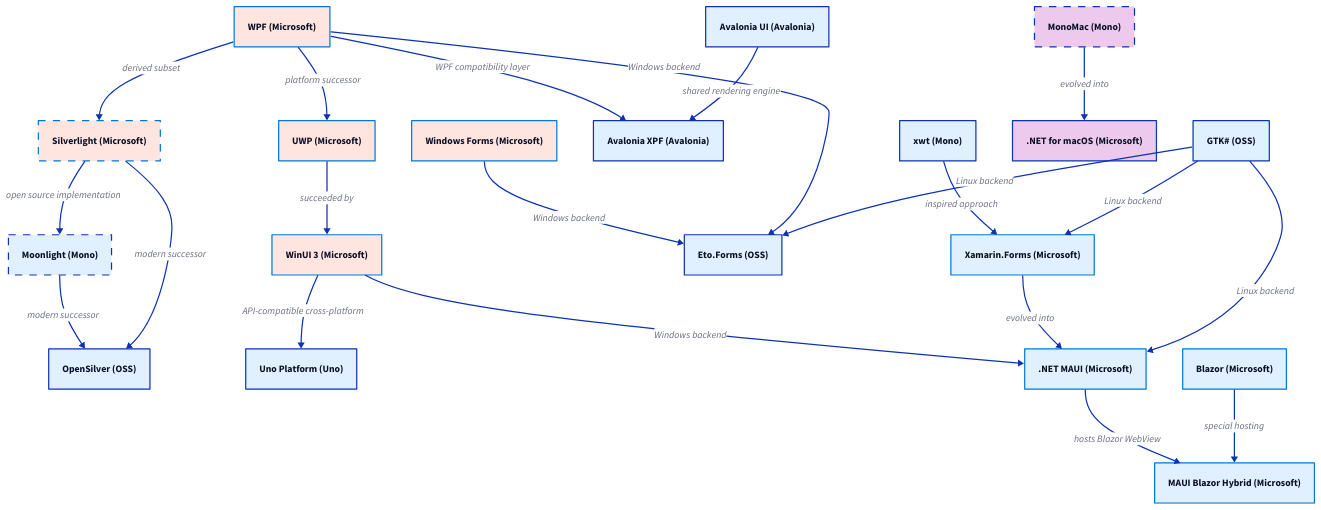
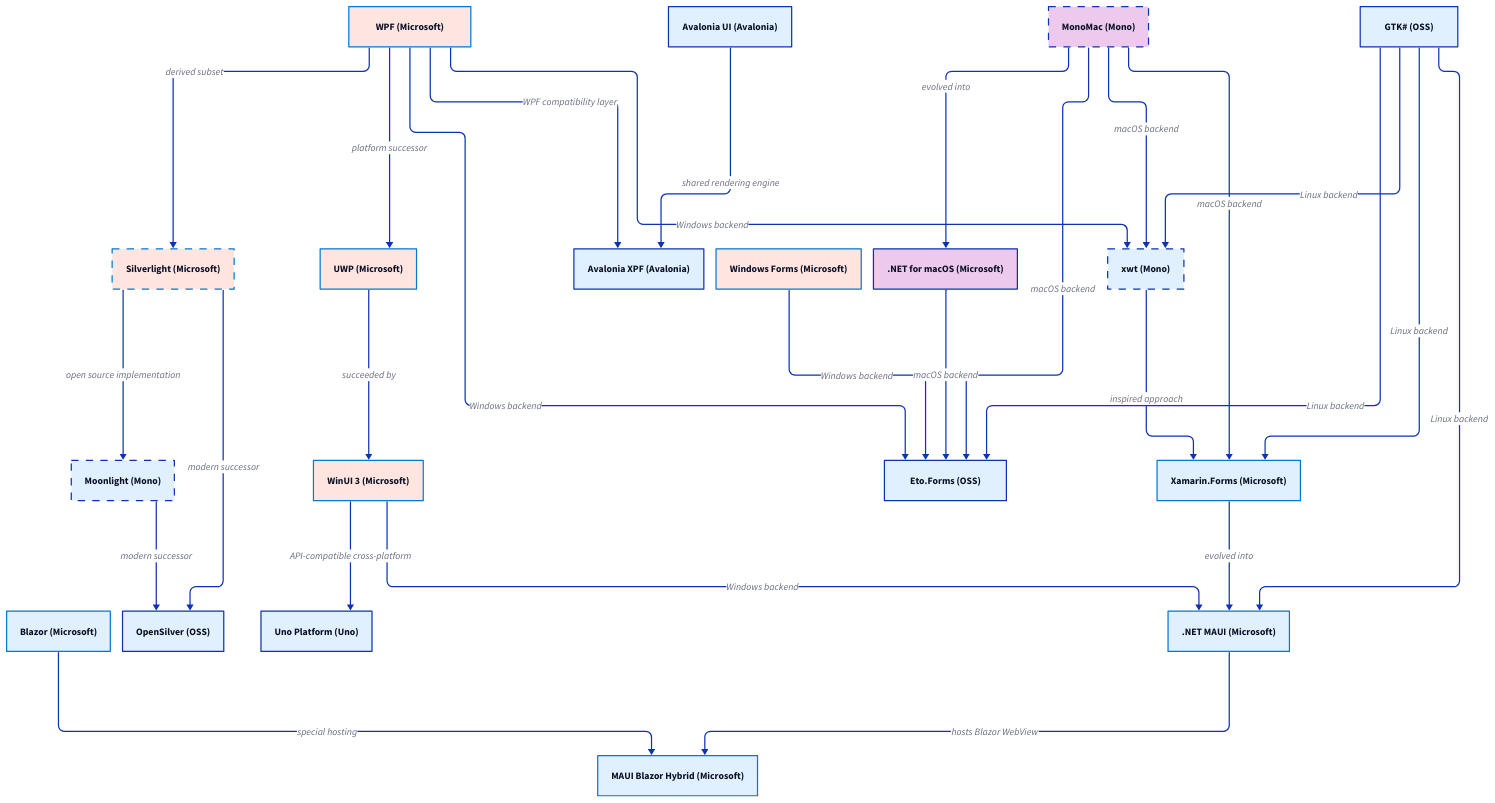
The diagram in _posts/2017/2017-7-3-the-story-about-net-cross-platform-ui-frameworks.md (lextm/blog), drawn with D2 before and after one commit.

Commit message:
feat: update inheritance relationships

````diff
--- a/_posts/2017/2017-7-3-the-story-about-net-cross-platform-ui-frameworks.md
+++ b/_posts/2017/2017-7-3-the-story-about-net-cross-platform-ui-frameworks.md
@@ -22,4 +22,9 @@
 ```d2
+vars: {
+  d2-config: {
+    layout-engine: elk
+  }
+}
 direction: down
 
 WinForms: {
@@ -121,6 +126,7 @@
   label: "xwt (Mono)"
   style: {
     fill: "#e0f0ff"
+    stroke-dash: 6
   }
 }
 
@@ -141,15 +147,15 @@
 MonoMac: {
   label: "MonoMac (Mono)"
   style: {
-   fill: "#ecc9ed"
-   stroke-dash: 6
+    fill: "#ecc9ed"
+    stroke-dash: 6
   }
 }
 
 DotNet_macOS: {
   label: ".NET for macOS (Microsoft)"
   style: {
-   fill: "#ecc9ed"
+    fill: "#ecc9ed"
   }
 }
 
@@ -169,8 +175,14 @@
 XWT -> Xamarin_Forms: "inspired approach"
 WinForms -> Eto_Forms: "Windows backend"
 WPF -> Eto_Forms: "Windows backend"
+WPF -> XWT: "Windows backend"
 MonoMac -> DotNet_macOS: "evolved into"
+MonoMac -> xwt: "macOS backend"
+MonoMac -> Xamarin_Forms: "macOS backend"
+MonoMac -> Eto_Forms: "macOS backend"
+DotNet_macOS -> Eto_Forms: "macOS backend"
 Gtk -> Xamarin_Forms: "Linux backend"
 Gtk -> Eto_Forms: "Linux backend"
 Gtk -> MAUI: "Linux backend"
+Gtk -> XWT: "Linux backend"
 ```
````
